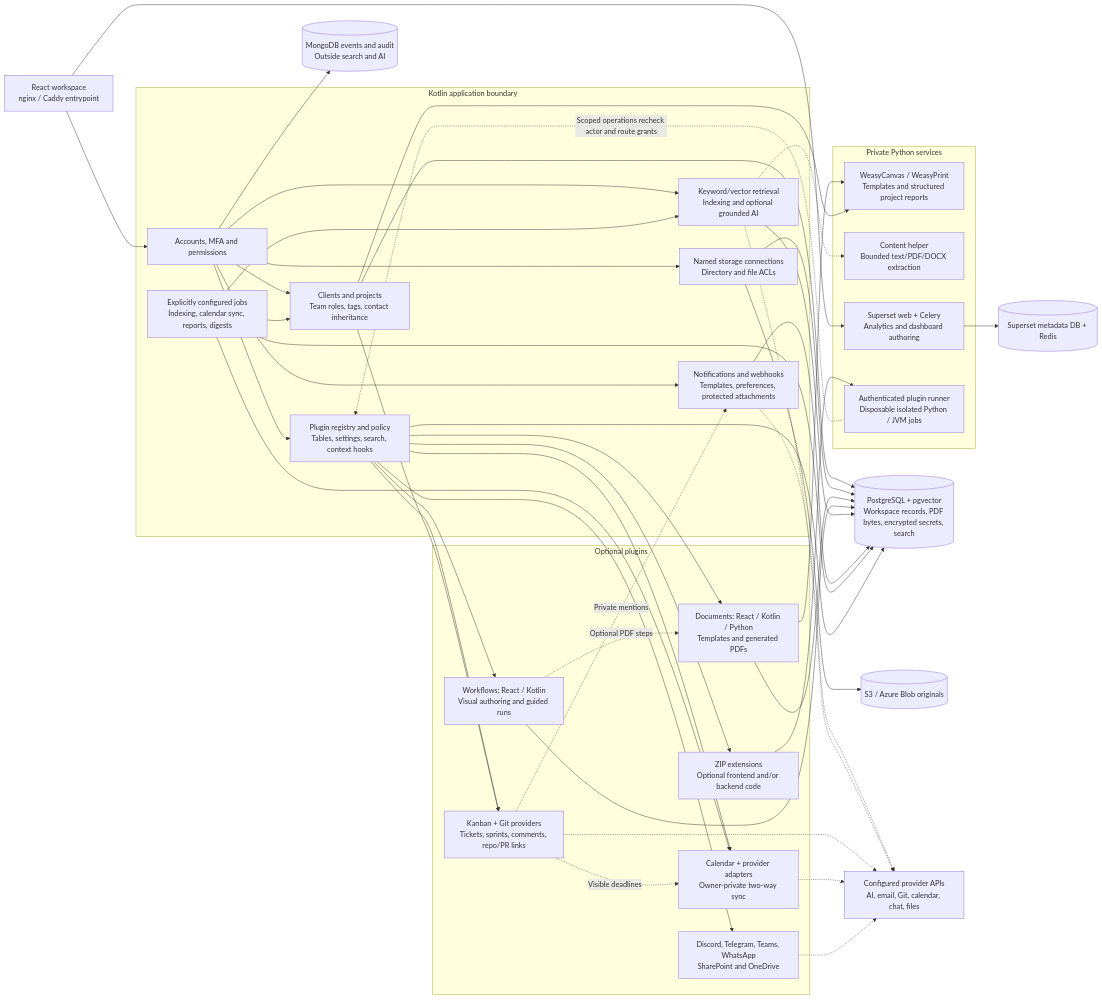
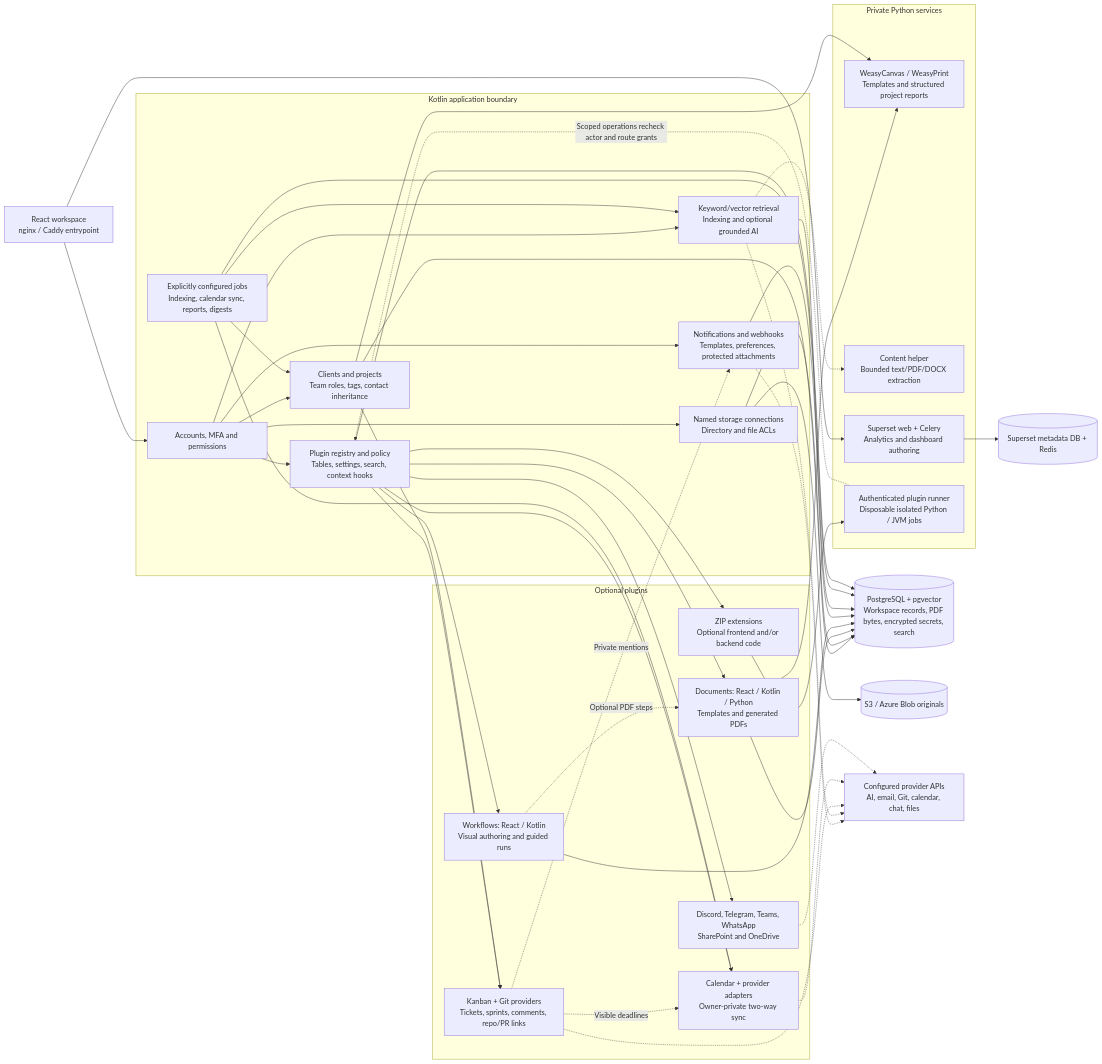
The first of 2 diagrams in docs/architecture.md (GrahamCHill/Meshable-Ops), drawn with Mermaid before and after one commit. The commit also changed other lines of this file and 62 other files, not shown here.

````diff
--- a/docs/architecture.md
+++ b/docs/architecture.md
@@ -34,50 +34,48 @@
 ```mermaid
 flowchart LR
     browser["React workspace<br/>nginx / Caddy entrypoint"]
     subgraph core["Kotlin application boundary"]
         auth["Accounts, MFA and permissions"]
         projects["Clients and projects<br/>Team roles, tags, contact inheritance"]
         storage["Named storage connections<br/>Directory and file ACLs"]
         search["Keyword/vector retrieval<br/>Indexing and optional grounded AI"]
         messaging["Notifications and webhooks<br/>Templates, preferences, protected attachments"]
         jobs["Explicitly configured jobs<br/>Indexing, calendar sync, reports, digests"]
         host["Plugin registry and policy<br/>Tables, settings, search, context hooks"]
     end
     subgraph modules["Optional plugins"]
         documents["Documents: React / Kotlin / Python<br/>Templates and generated PDFs"]
         workflows["Workflows: React / Kotlin<br/>Visual authoring and guided runs"]
         boards["Kanban + Git providers<br/>Tickets, sprints, comments, repo/PR links"]
         calendar["Calendar + provider adapters<br/>Owner-private two-way sync"]
         integrations["Discord, Telegram, Teams, WhatsApp<br/>SharePoint and OneDrive"]
         zip["ZIP extensions<br/>Optional frontend and/or backend code"]
     end
     subgraph python["Private Python services"]
         render["WeasyCanvas / WeasyPrint<br/>Templates and structured project reports"]
         extract["Content helper<br/>Bounded text/PDF/DOCX extraction"]
         superset["Superset web + Celery<br/>Analytics and dashboard authoring"]
         runner["Authenticated plugin runner<br/>Disposable isolated Python / JVM jobs"]
     end
     data[("PostgreSQL + pgvector<br/>Workspace records, PDF bytes, encrypted secrets, search")]
     objects[("S3 / Azure Blob originals")]
-    mongo[("MongoDB events and audit<br/>Outside search and AI")]
     analytics[("Superset metadata DB + Redis")]
     external["Configured provider APIs<br/>AI, email, Git, calendar, chat, files"]
     browser --> auth
     auth --> projects & storage & search & messaging & host
     browser --> superset --> analytics
     projects & storage & documents & workflows & search & messaging & jobs & host --> data
     storage --> objects
-    auth --> mongo
     documents --> render
     projects --> render
     search -.-> extract
     host --> documents & workflows & boards & calendar & integrations & zip
     zip --> runner
     runner -. "Scoped operations recheck actor and route grants" .-> host
     workflows -. "Optional PDF steps" .-> documents
     projects --> boards
     boards -. "Visible deadlines" .-> calendar
     boards -. "Private mentions" .-> messaging
     jobs --> projects & search & calendar
     messaging & search & boards & calendar & integrations -.-> external
 ```
````
